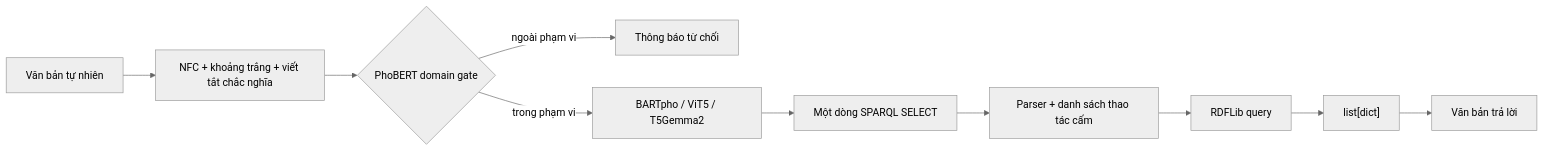
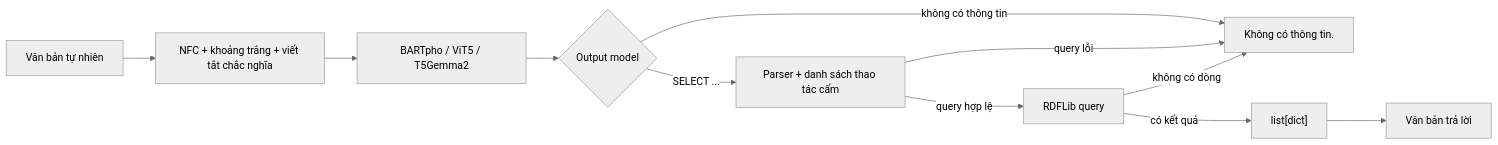
The diagram in docs/CONCEPT.md (vpthinh19/ontology-chatbot), drawn with Mermaid (neutral theme) before and after one commit. The commit also changed other lines of this file and 17 other files, not shown here.

Commit message:
Document unified seq2seq architecture

````diff
--- a/docs/CONCEPT.md
+++ b/docs/CONCEPT.md
@@ -27,12 +23,13 @@
 ```mermaid
 flowchart LR
     Q["Văn bản tự nhiên"] --> N["NFC + khoảng trắng + viết tắt chắc nghĩa"]
-    N --> D{"PhoBERT domain gate"}
-    D -- "ngoài phạm vi" --> X["Thông báo từ chối"]
-    D -- "trong phạm vi" --> M["BARTpho / ViT5 / T5Gemma2"]
-    M --> S["Một dòng SPARQL SELECT"]
-    S --> V["Parser + danh sách thao tác cấm"]
-    V --> G["RDFLib query"]
-    G --> R["list[dict]"]
+    N --> M["BARTpho / ViT5 / T5Gemma2"]
+    M --> D{"Output model"}
+    D -- "không có thông tin" --> X["Không có thông tin."]
+    D -- "SELECT ..." --> V["Parser + danh sách thao tác cấm"]
+    V -- "query lỗi" --> X
+    V -- "query hợp lệ" --> G["RDFLib query"]
+    G -- "không có dòng" --> X
+    G -- "có kết quả" --> R["list[dict]"]
     R --> T["Văn bản trả lời"]
 ```
````
